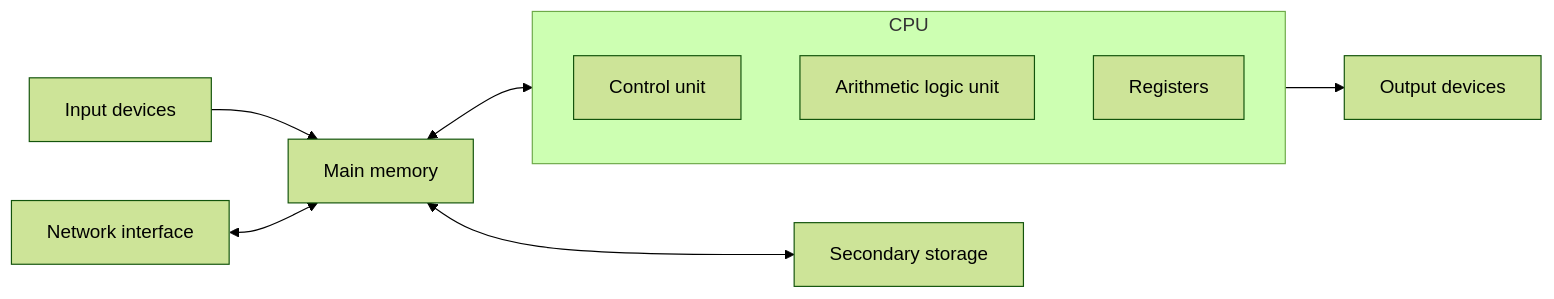
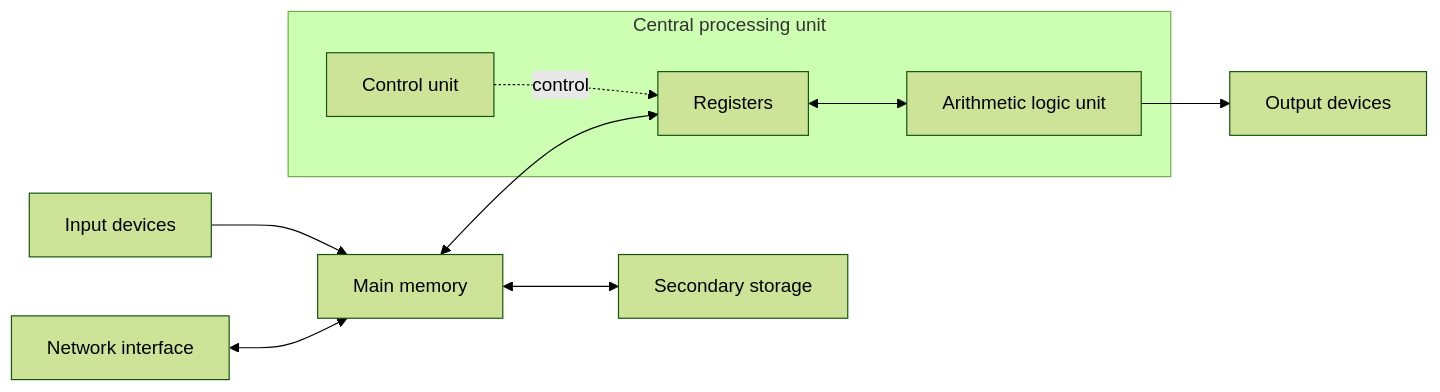
The fourth of 4 diagrams in subjects/computer-fundamentals-ict/chapter-01-computer-systems.md (kavinash0310/cs-fundamentals), drawn with Mermaid (forest theme) before and after one commit.

Commit message:
Fix CPU block diagram identifiers

```diff
--- a/subjects/computer-fundamentals-ict/chapter-01-computer-systems.md
+++ b/subjects/computer-fundamentals-ict/chapter-01-computer-systems.md
@@ -91,13 +91,14 @@
 ~~~mermaid
 flowchart LR
     IN[Input devices] --> MM[Main memory]
-    MM <--> CPU[CPU]
-    CPU --> OUT[Output devices]
+    MM <--> R[Registers]
+    R <--> ALU[Arithmetic logic unit]
+    ALU --> OUT[Output devices]
     MM <--> SSD[Secondary storage]
     NET[Network interface] <--> MM
-    subgraph CPU
-      CU[Control unit]
-      ALU[Arithmetic logic unit]
-      R[Registers]
+    subgraph CPU[Central processing unit]
+      CU[Control unit] -. control .-> R
+      R
+      ALU
     end
 ~~~
```
